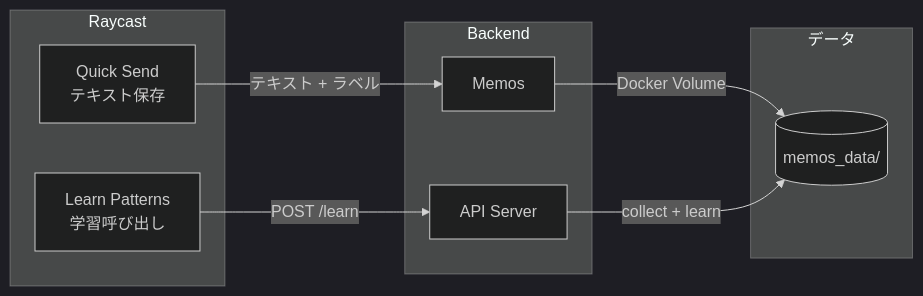
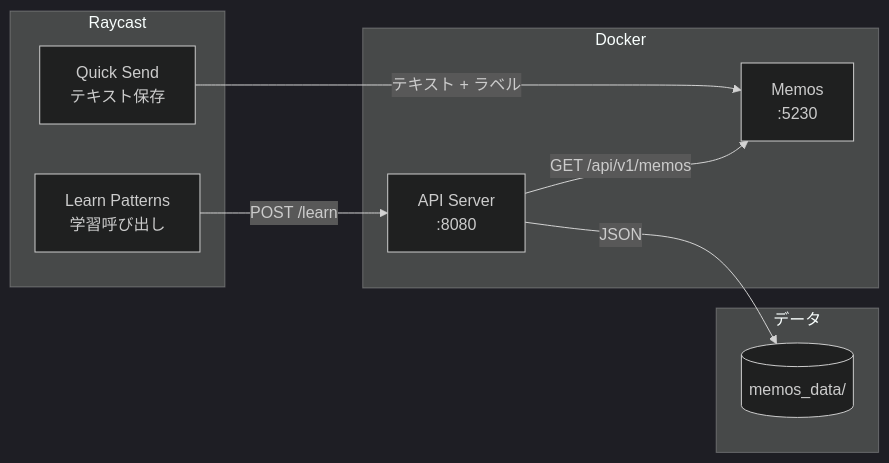
Before and after one commit to AobaIwaki123/quick-send: the first of 2 diagrams in ARCHITECTURE.md, drawn with Mermaid (dark theme). The commit also changed other lines of this file and 1 other file, not shown here.

````diff
--- a/ARCHITECTURE.md
+++ b/ARCHITECTURE.md
@@ -9,21 +9,21 @@
 ```mermaid
 graph LR
     subgraph "Raycast"
         R1[Quick Send<br/>テキスト保存]
         R2[Learn Patterns<br/>学習呼び出し]
     end
     
-    subgraph "Backend"
-        M[Memos]
-        API[API Server]
+    subgraph "Docker"
+        M[Memos<br/>:5230]
+        API[API Server<br/>:8080]
     end
     
     subgraph "データ"
         D[(memos_data/)]
     end
     
     R1 -->|"テキスト + ラベル"| M
     R2 -->|POST /learn| API
-    M -->|Docker Volume| D
-    API -->|collect + learn| D
+    API -->|GET /api/v1/memos| M
+    API -->|JSON| D
 ```
````
